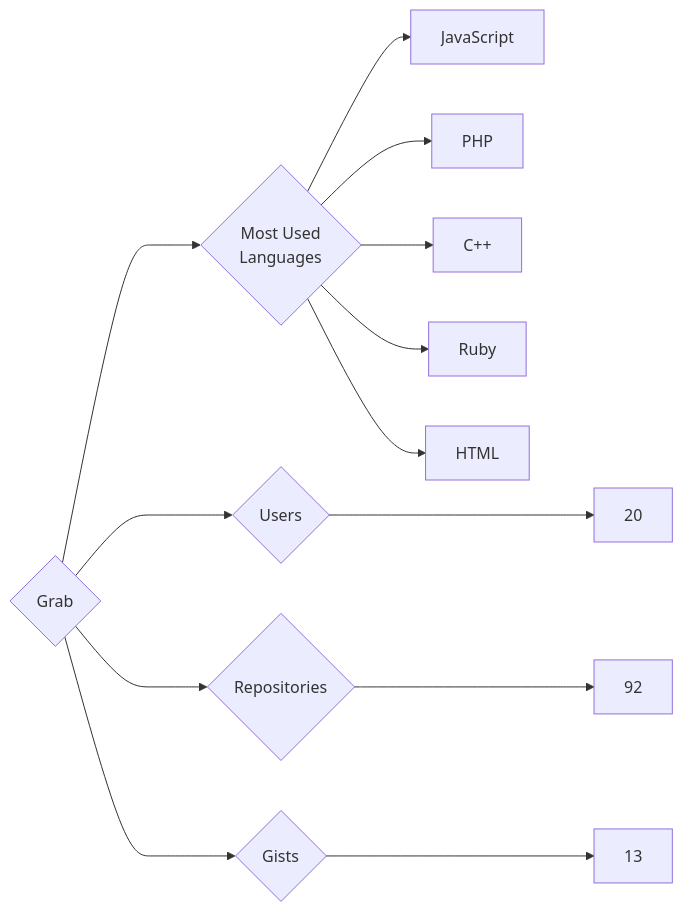
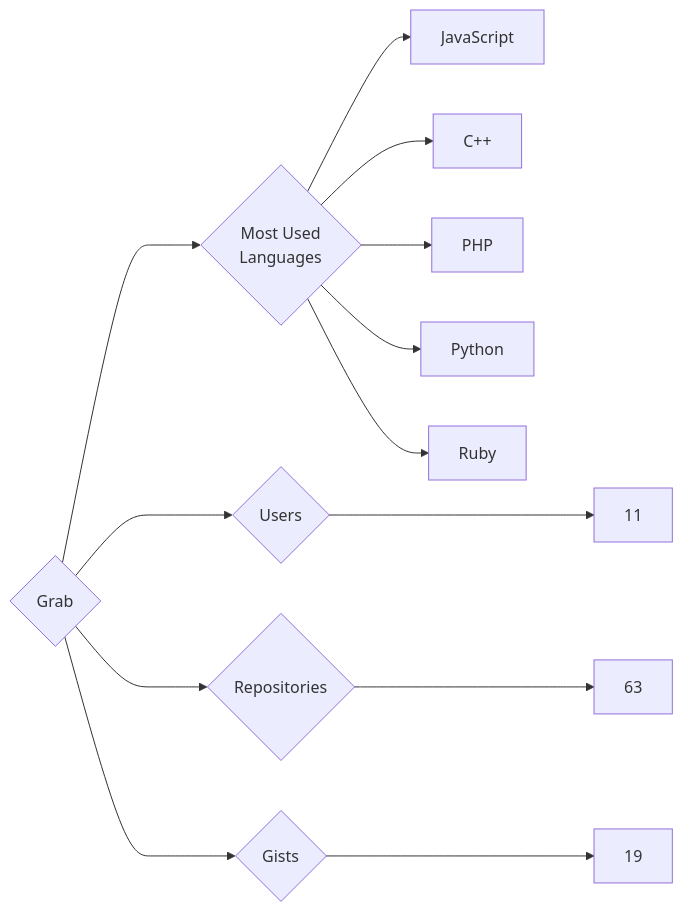
Before and after one commit to trickest/insiders: the diagram in targets/Grab/README.md, drawn with Mermaid. The commit also changed 861 other files, not shown here.

````diff
--- a/targets/Grab/README.md
+++ b/targets/Grab/README.md
@@ -3,13 +3,13 @@
 ```mermaid
 graph LR
 COMPANY_NAME{Grab}
-COMPANY_NAME ---> U{Users} ---> UN[20]
-COMPANY_NAME ---> R{Repositories} ---> RN[92]
-COMPANY_NAME ---> G{Gists} ---> GN[13]
+COMPANY_NAME ---> U{Users} ---> UN[11]
+COMPANY_NAME ---> R{Repositories} ---> RN[63]
+COMPANY_NAME ---> G{Gists} ---> GN[19]
 COMPANY_NAME ---> ML{Most Used<br>Languages}
 ML --> JavaScript[JavaScript]
+ML --> C++[C++]
 ML --> PHP[PHP]
-ML --> C++[C++]
+ML --> Python[Python]
 ML --> Ruby[Ruby]
-ML --> HTML[HTML]
 ```
````
